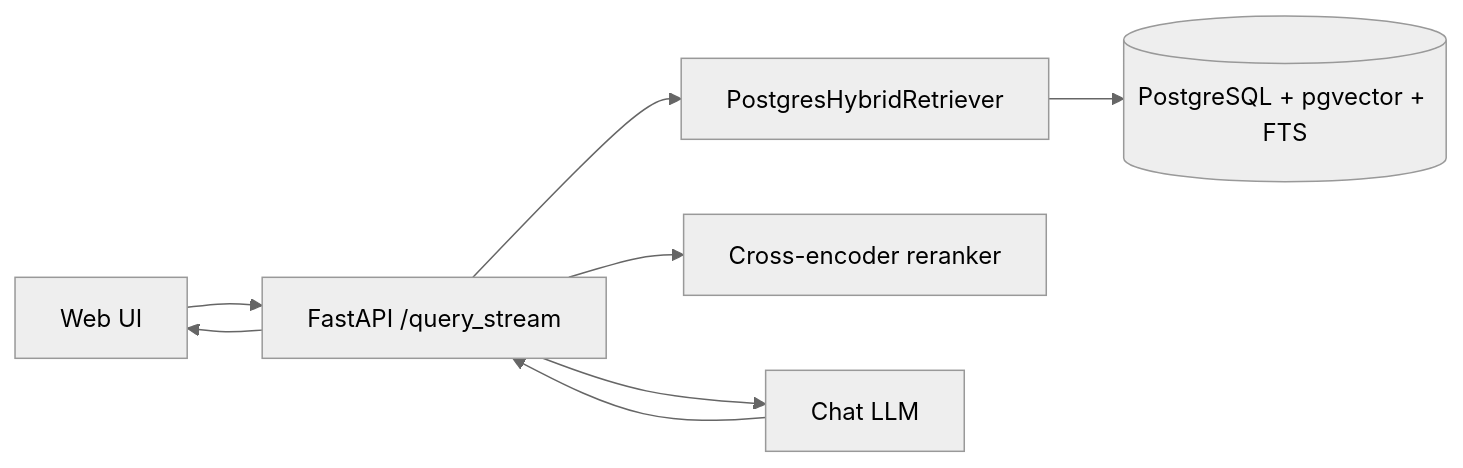
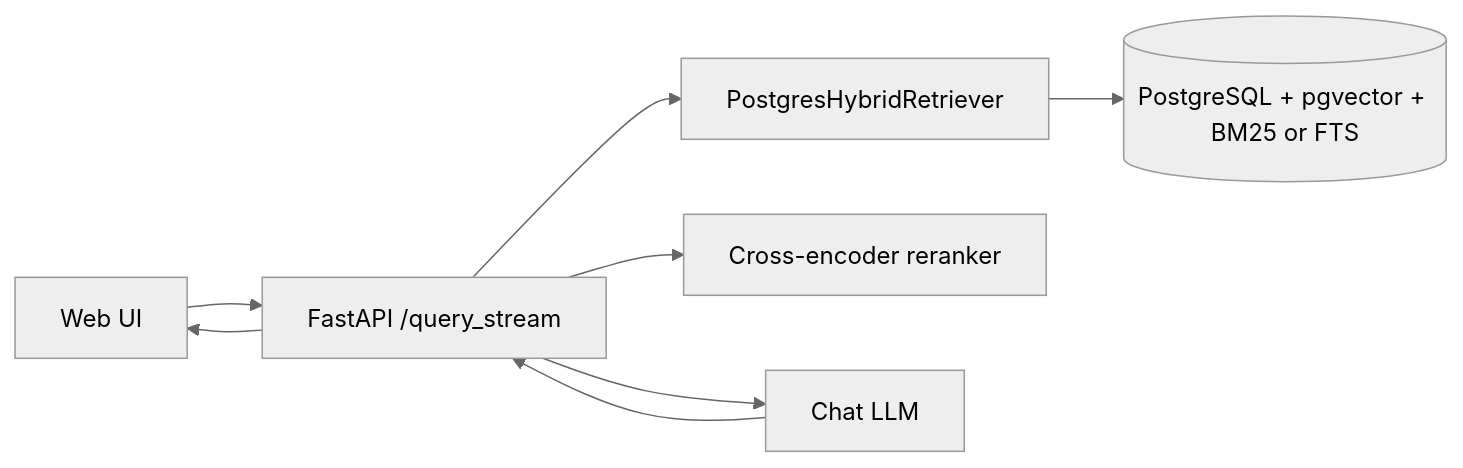
The first of 3 diagrams in README.md (linminhtoo/andromeda), drawn with Mermaid (neutral theme) before and after one commit. The commit also changed other lines of this file and 3 other files, not shown here.

````diff
--- a/README.md
+++ b/README.md
@@ -20,10 +20,10 @@
 ```mermaid
 flowchart LR
   UI[Web UI] --> API[FastAPI /query_stream]
   API --> RET[PostgresHybridRetriever]
-  RET --> PG[(PostgreSQL + pgvector + FTS)]
+  RET --> PG[(PostgreSQL + pgvector + BM25 or FTS)]
   API --> RER[Cross-encoder reranker]
   API --> LLM[Chat LLM]
   LLM --> API
   API --> UI
 ```
````
